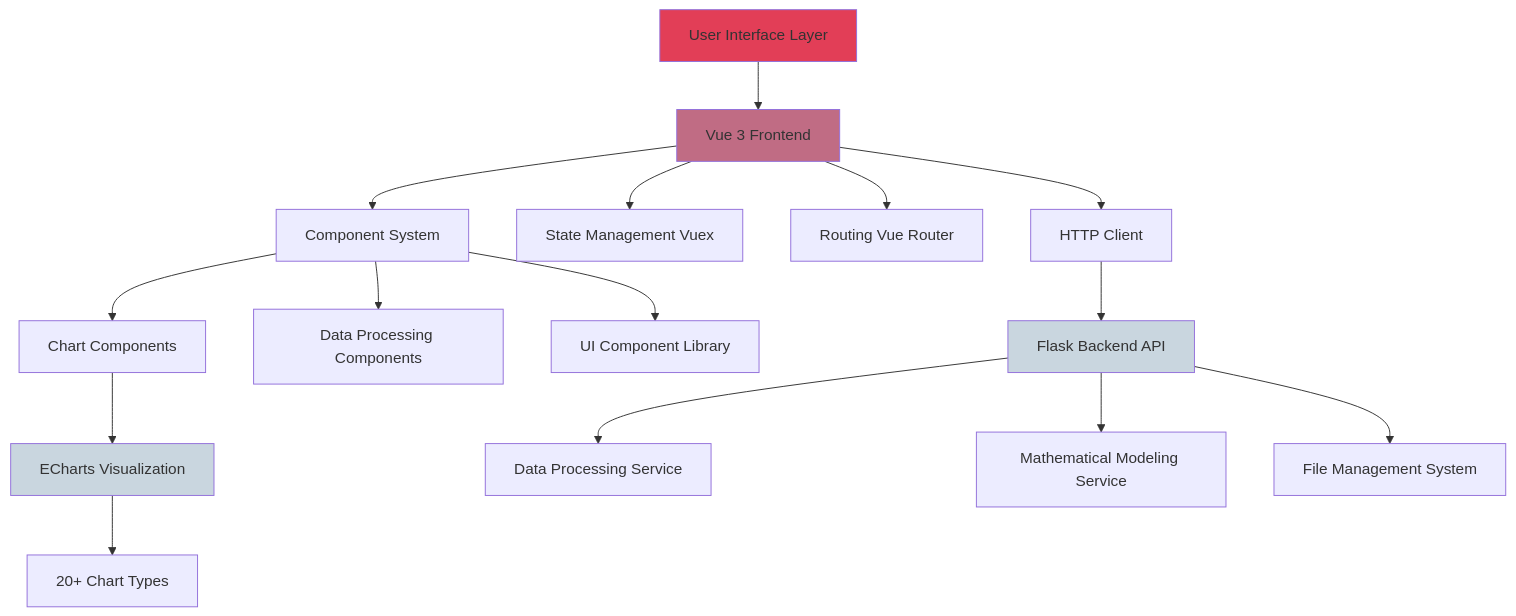
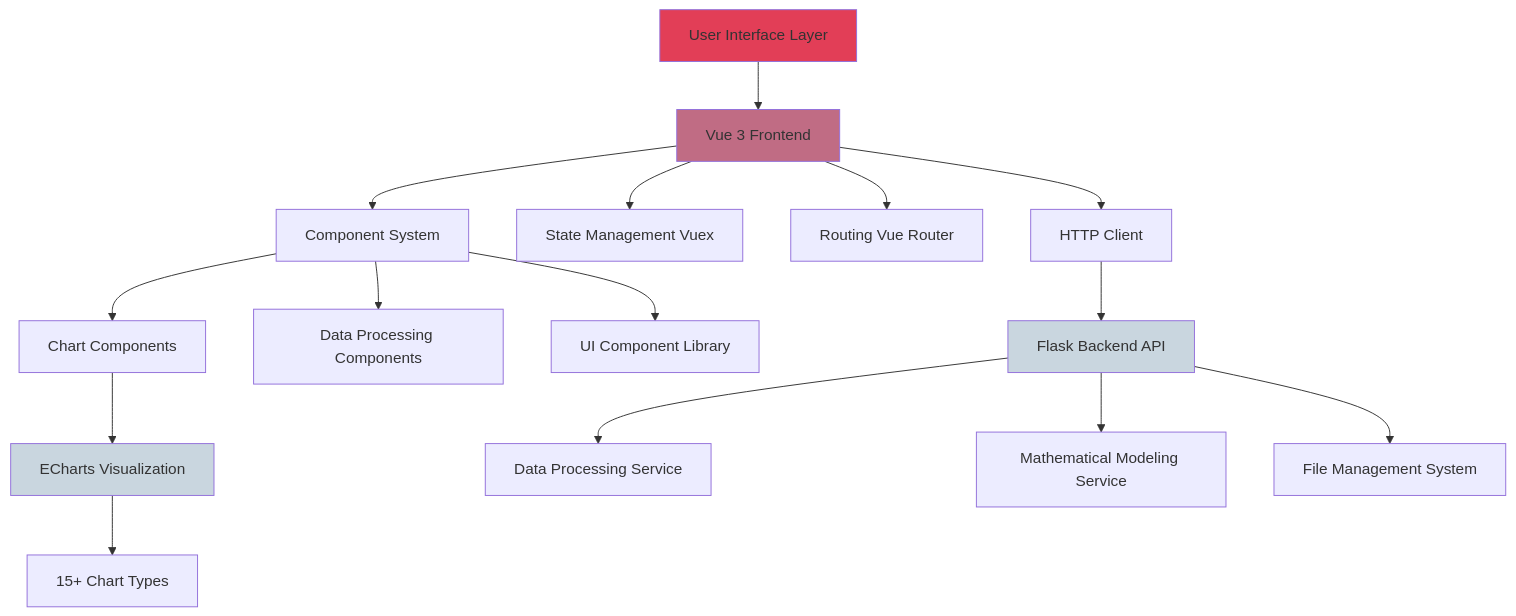
The diagram in README.md (TiiJeiJ8/AetherLab), drawn with Mermaid before and after one commit.

````diff
--- a/README.md
+++ b/README.md
@@ -11,26 +11,26 @@
 ```mermaid
 graph TB
     A[User Interface Layer] --> B[Vue 3 Frontend]
     B --> C[Component System]
     B --> D[State Management Vuex]
     B --> E[Routing Vue Router]
     
     C --> F[Chart Components]
     C --> G[Data Processing Components]
     C --> H[UI Component Library]
     
     F --> I[ECharts Visualization]
-    I --> J[20+ Chart Types]
+    I --> J[15+ Chart Types]
     
     B --> K[HTTP Client]
     K --> L[Flask Backend API]
     L --> M[Data Processing Service]
     L --> N[Mathematical Modeling Service]
     L --> O[File Management System]
     
     style A fill:#e23e57
     style B fill:#c06c84
     style I fill:#c9d6df
     style L fill:#c9d6df
 
 ```
````
